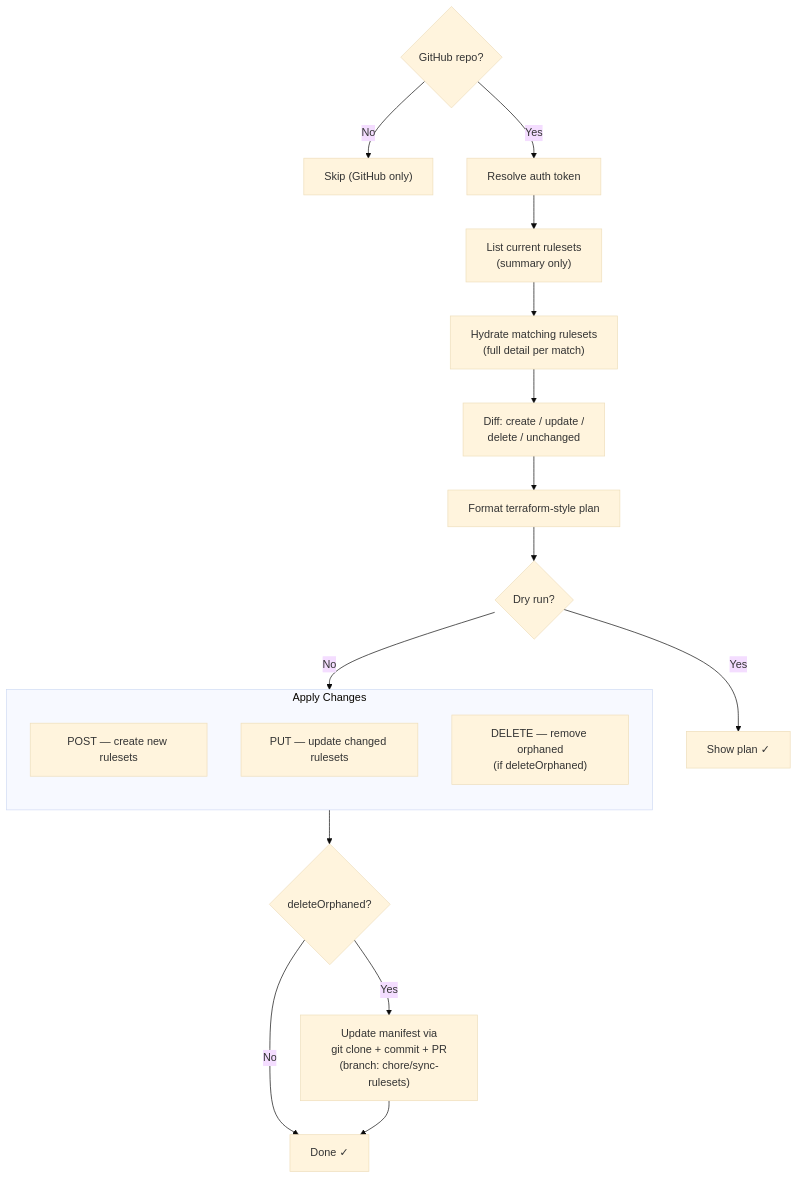
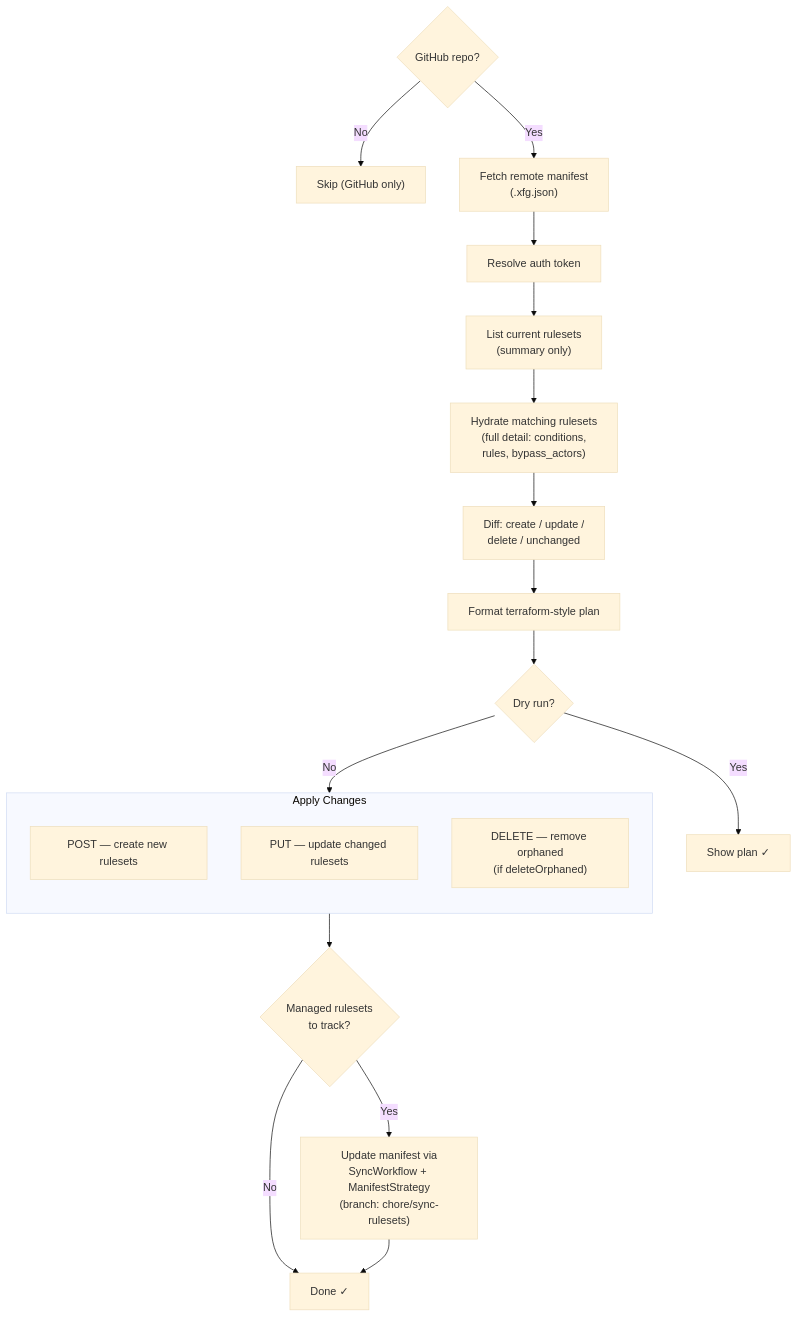
One commit to anthony-spruyt/xfg changed the fourth of 6 diagrams in docs/index.md. Above: the diagram before and after it, drawn with Mermaid (base theme). The commit also changed other lines of this file, not shown here.

First line of the commit message:
docs: update stale Mermaid architecture diagrams (#576)

````diff
--- a/docs/index.md
+++ b/docs/index.md
@@ -338,26 +354,28 @@
 ```mermaid
 flowchart TB
     GUARD{GitHub repo?} -->|No| SKIP_P["Skip (GitHub only)"]
-    GUARD -->|Yes| TOKEN["Resolve auth token"]
+    GUARD -->|Yes| FETCH_MANIFEST["Fetch remote manifest<br/>(.xfg.json)"]
+
+    FETCH_MANIFEST --> TOKEN["Resolve auth token"]
 
     TOKEN --> LIST["List current rulesets<br/>(summary only)"]
-    LIST --> HYDRATE["Hydrate matching rulesets<br/>(full detail per match)"]
+    LIST --> HYDRATE["Hydrate matching rulesets<br/>(full detail: conditions,<br/>rules, bypass_actors)"]
 
     HYDRATE --> DIFF["Diff: create / update /<br/>delete / unchanged"]
     DIFF --> PLAN["Format terraform-style plan"]
     PLAN --> DRY{Dry run?}
     DRY -->|Yes| SHOW["Show plan ✓"]
     DRY -->|No| APPLY
 
     subgraph APPLY["Apply Changes"]
         direction TB
         C["POST — create new rulesets"]
         U["PUT — update changed rulesets"]
         D["DELETE — remove orphaned<br/>(if deleteOrphaned)"]
     end
 
-    APPLY --> MANIFEST_CHECK{deleteOrphaned?}
+    APPLY --> MANIFEST_CHECK{"Managed rulesets<br/>to track?"}
     MANIFEST_CHECK -->|No| DONE["Done ✓"]
-    MANIFEST_CHECK -->|Yes| MANIFEST["Update manifest via<br/>git clone + commit + PR<br/>(branch: chore/sync-rulesets)"]
+    MANIFEST_CHECK -->|Yes| MANIFEST["Update manifest via<br/>SyncWorkflow + ManifestStrategy<br/>(branch: chore/sync-rulesets)"]
     MANIFEST --> DONE
 ```
````
